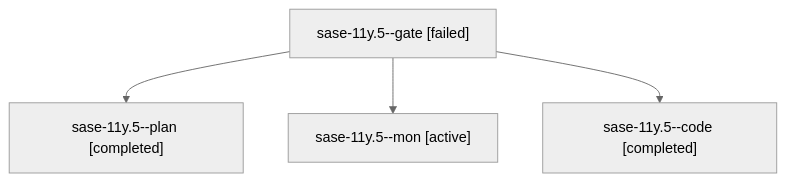
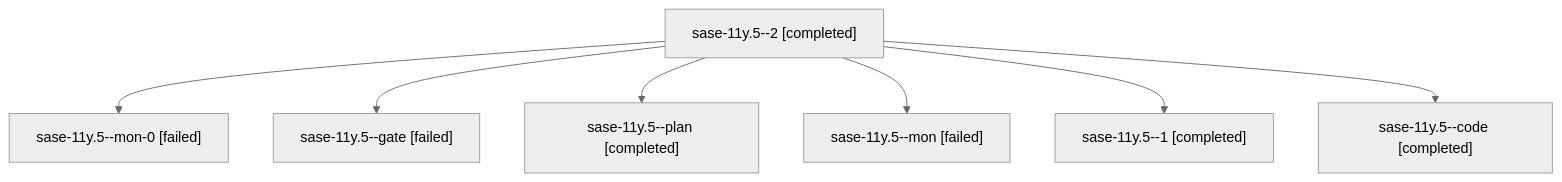
The diagram in families/bbugyi200.athena.sase-11y.5.md (sase-org/sase--agents), drawn with Mermaid (neutral theme) before and after one commit. The commit also changed other lines of this file and 183 other files, not shown here.

````diff
--- a/families/bbugyi200.athena.sase-11y.5.md
+++ b/families/bbugyi200.athena.sase-11y.5.md
@@ -9,10 +9,16 @@
 ```mermaid
 flowchart TD
-  n0["sase-11y.5--gate [failed]"]
-  n1["sase-11y.5--plan [completed]"]
+  n0["sase-11y.5--2 [completed]"]
+  n1["sase-11y.5--mon-0 [failed]"]
   n0 --> n1
-  n2["sase-11y.5--mon [active]"]
+  n2["sase-11y.5--gate [failed]"]
   n0 --> n2
-  n3["sase-11y.5--code [completed]"]
+  n3["sase-11y.5--plan [completed]"]
   n0 --> n3
+  n4["sase-11y.5--mon [failed]"]
+  n0 --> n4
+  n5["sase-11y.5--1 [completed]"]
+  n0 --> n5
+  n6["sase-11y.5--code [completed]"]
+  n0 --> n6
 ```
````
